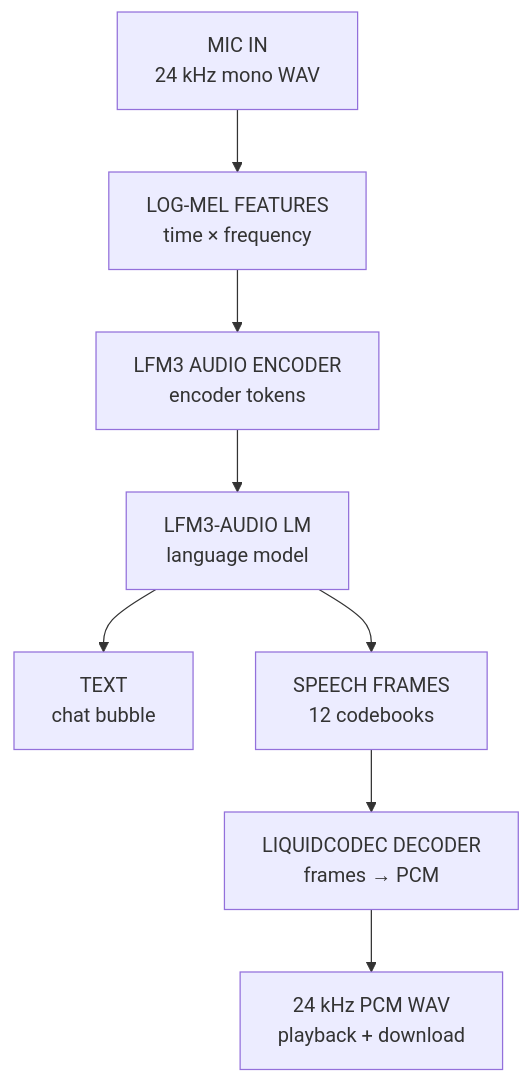
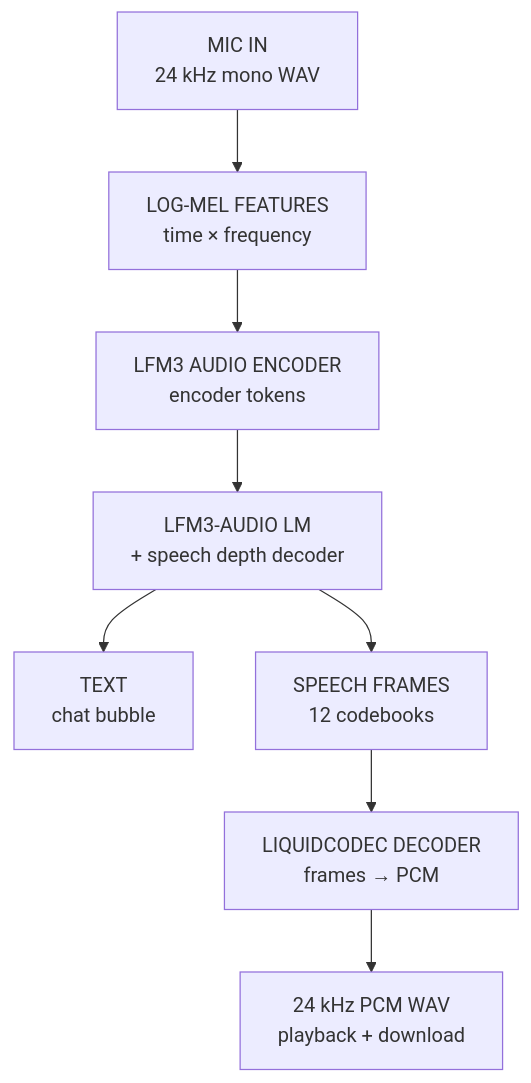
The diagram in README.md (sharathkrml/liq-codec), drawn with Mermaid before and after one commit. The commit also changed other lines of this file and 11 other files, not shown here.

First line of the commit message:
Document speech depth decoder and remove preview artifacts

````diff
--- a/README.md
+++ b/README.md
@@ -44,10 +44,10 @@
 ```mermaid
 flowchart TD
     A["MIC IN<br/>24 kHz mono WAV"] --> B["LOG-MEL FEATURES<br/>time × frequency"]
     B --> C["LFM3 AUDIO ENCODER<br/>encoder tokens"]
-    C --> D["LFM3-AUDIO LM<br/>language model"]
+    C --> D["LFM3-AUDIO LM<br/>+ speech depth decoder"]
     D --> E["TEXT<br/>chat bubble"]
     D --> F["SPEECH FRAMES<br/>12 codebooks"]
     F --> G["LIQUIDCODEC DECODER<br/>frames → PCM"]
     G --> H["24 kHz PCM WAV<br/>playback + download"]
 ```
````
